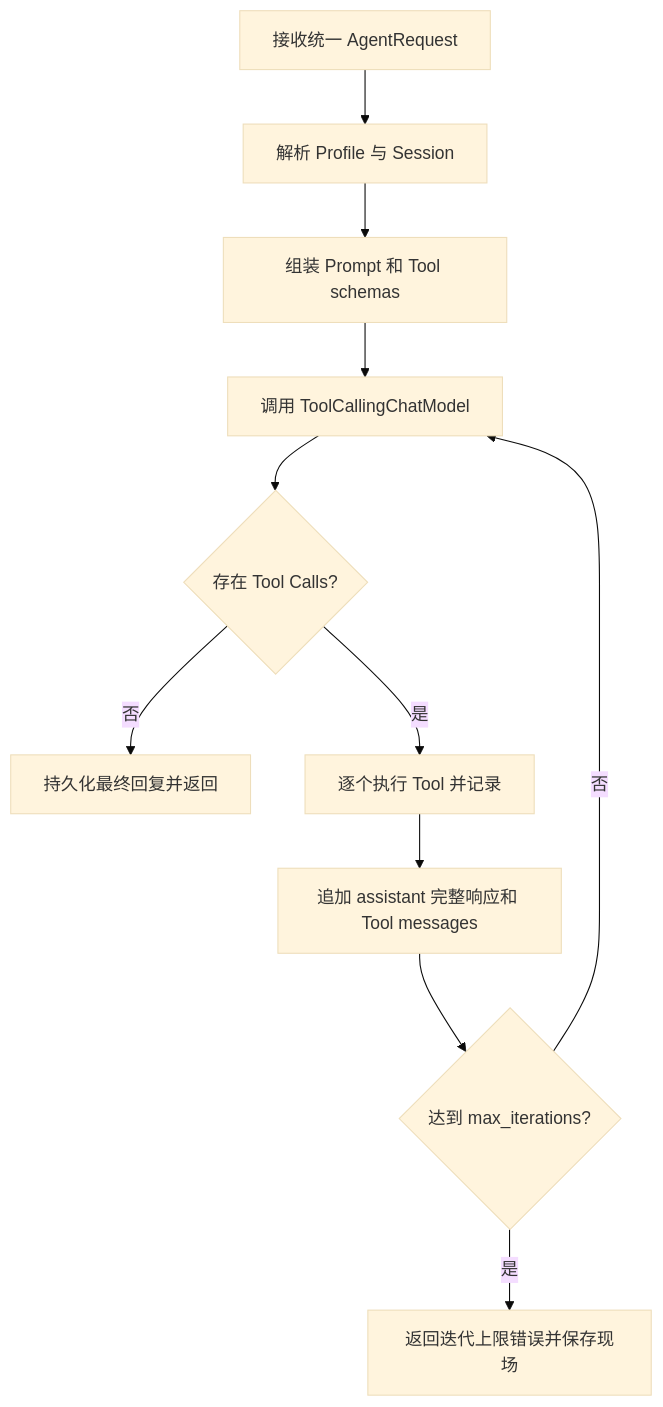
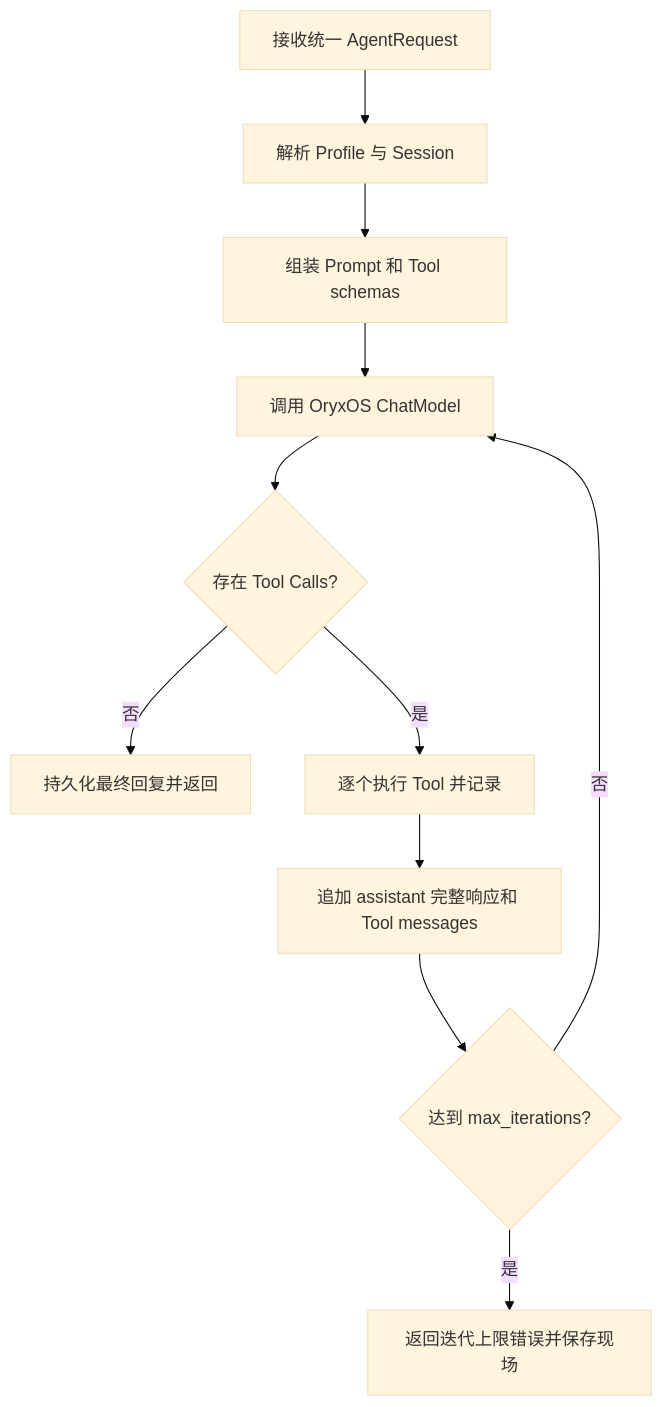
The third of 5 diagrams in docs/TechnicalSolution.md (Karlsk/oryxos-go), drawn with Mermaid (base theme) before and after one commit. The commit also changed other lines of this file and 15 other files, not shown here.

Commit message:
docs: isolate Eino behind OryxOS model port

````diff
--- a/docs/TechnicalSolution.md
+++ b/docs/TechnicalSolution.md
@@ -299,13 +325,13 @@
 ```mermaid
 flowchart TD
     A["接收统一 AgentRequest"] --> B["解析 Profile 与 Session"]
     B --> C["组装 Prompt 和 Tool schemas"]
-    C --> D["调用 ToolCallingChatModel"]
+    C --> D["调用 OryxOS ChatModel"]
     D --> E{"存在 Tool Calls?"}
     E -- 否 --> F["持久化最终回复并返回"]
     E -- 是 --> G["逐个执行 Tool 并记录"]
     G --> H["追加 assistant 完整响应和 Tool messages"]
     H --> I{"达到 max_iterations?"}
     I -- 否 --> D
     I -- 是 --> J["返回迭代上限错误并保存现场"]
 ```
````
